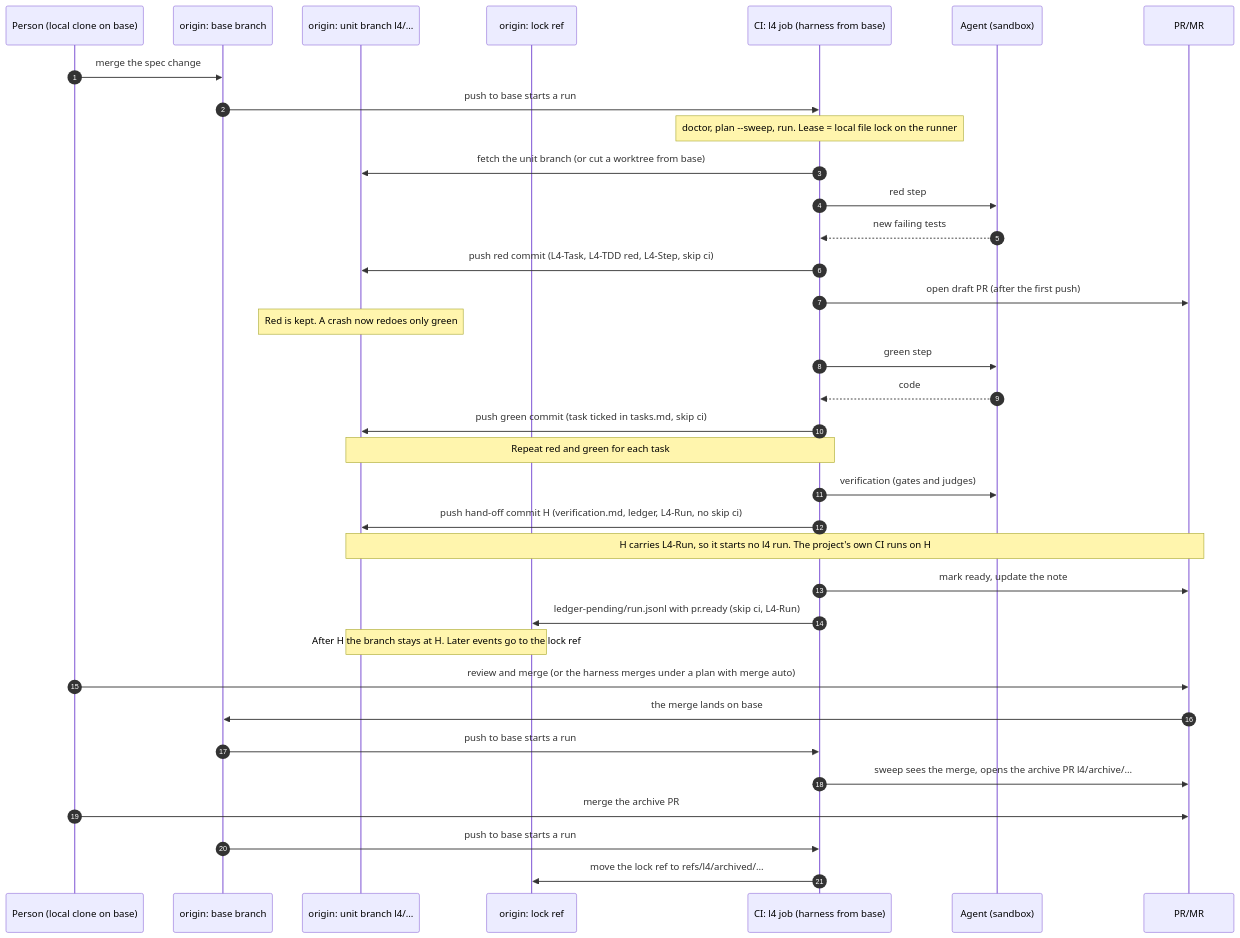
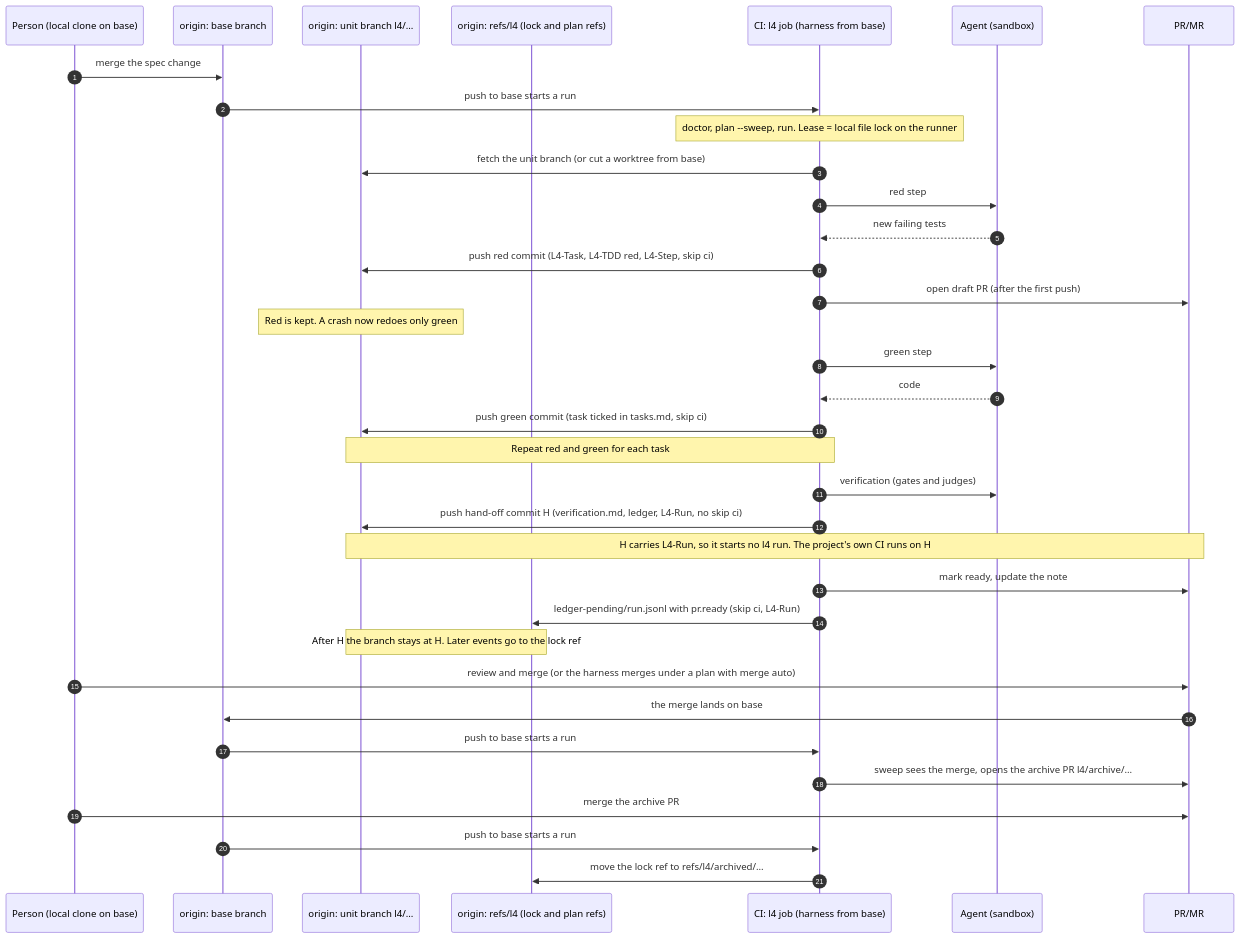
One commit to ciprianiacobescu/l4 changed the first of 2 diagrams in docs/control-loop.md. Above: the diagram before and after it, drawn with Mermaid. The commit also changed other lines of this file, not shown here.

Commit message:
docs: control-loop page: the refs/l4 lane holds the lock ref and the plan ref; no first person in 6.3

````diff
--- a/docs/control-loop.md
+++ b/docs/control-loop.md
@@ -357,38 +358,38 @@
 ```mermaid
 sequenceDiagram
     autonumber
     participant P as Person (local clone on base)
     participant B as origin: base branch
     participant U as origin: unit branch l4/…
-    participant L as origin: lock ref
+    participant L as origin: refs/l4 (lock and plan refs)
     participant C as CI: l4 job (harness from base)
     participant A as Agent (sandbox)
     participant R as PR/MR
 
     P->>B: merge the spec change
     B->>C: push to base starts a run
     Note over C: doctor, plan --sweep, run. Lease = local file lock on the runner
     C->>U: fetch the unit branch (or cut a worktree from base)
     C->>A: red step
     A-->>C: new failing tests
     C->>U: push red commit (L4-Task, L4-TDD red, L4-Step, skip ci)
     C->>R: open draft PR (after the first push)
     Note over U: Red is kept. A crash now redoes only green
     C->>A: green step
     A-->>C: code
     C->>U: push green commit (task ticked in tasks.md, skip ci)
     Note over C,U: Repeat red and green for each task
     C->>A: verification (gates and judges)
     C->>U: push hand-off commit H (verification.md, ledger, L4-Run, no skip ci)
     Note over U,R: H carries L4-Run, so it starts no l4 run. The project's own CI runs on H
     C->>R: mark ready, update the note
     C->>L: ledger-pending/run.jsonl with pr.ready (skip ci, L4-Run)
     Note over U,L: After H the branch stays at H. Later events go to the lock ref
     P->>R: review and merge (or the harness merges under a plan with merge auto)
     R->>B: the merge lands on base
     B->>C: push to base starts a run
     C->>R: sweep sees the merge, opens the archive PR l4/archive/…
     P->>R: merge the archive PR
     B->>C: push to base starts a run
     C->>L: move the lock ref to refs/l4/archived/…
 ```
````
